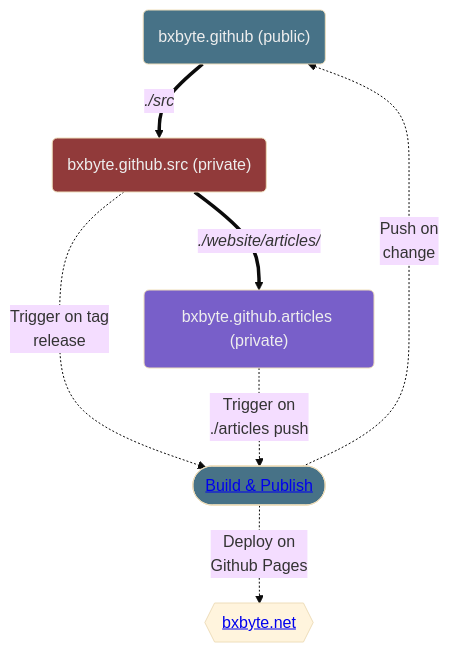
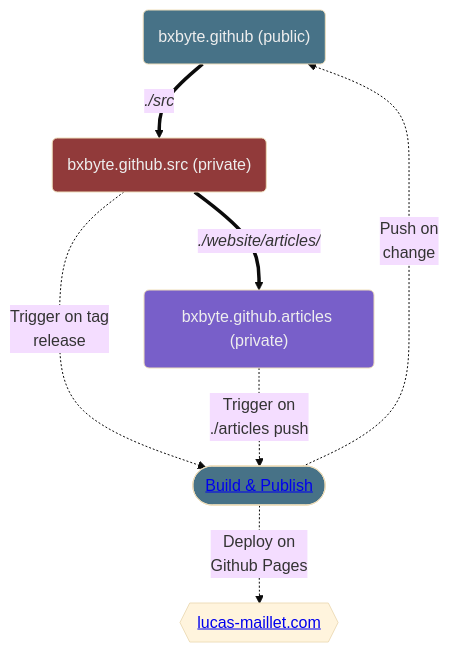
The diagram in README.md (bxbyte/bxbyte.github.io), drawn with Mermaid (base theme) before and after one commit. The commit also changed 1 other file, not shown here.

Commit message:
Update url

````diff
--- a/README.md
+++ b/README.md
@@ -10,24 +10,24 @@
 ```mermaid
 graph TD
     classDef publicRepo fill:#477287,color:#eee;
     classDef sourceRepo fill:#913a3a,color:#eee;
     classDef articlesRepo fill:#785fc9,color:#eee;
 
     public("bxbyte.github (public)"):::publicRepo
     src("bxbyte.github.src (private)"):::sourceRepo
     articles("bxbyte.github.articles (private)"):::articlesRepo
 
     action([<a href="https://github.com/bxbyte/bxbyte.github.io/blob/main/.github/actions/publish.yml">Build & Publish</a>]):::publicRepo
 
-    website{{<a href="https://bxbyte.net">bxbyte.net</a>}}
+    website{{<a href="https://lucas-maillet.com">lucas-maillet.com</a>}}
 
     public  == "`*./src*`" ==> src
     src  == "`*./website/articles/*`" ==> articles
 
     src  -. Trigger on tag \n release .-> action
     articles -. "Trigger on  \n ./articles push" .-> action
 
     action -. Push on \n change .-> public
 
     action -. Deploy on \n Github Pages .-> website
 ```
````
